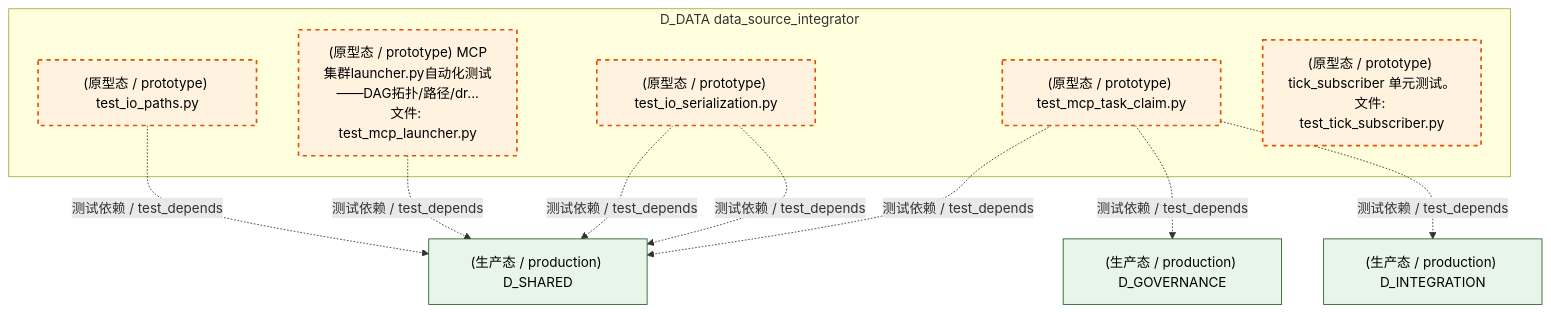
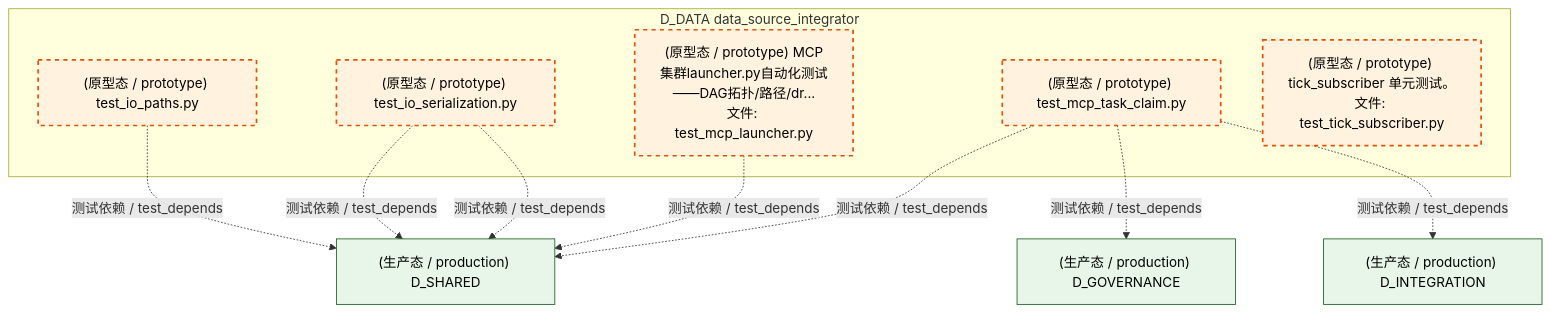
One commit to xuanFelixVan/ZephyrAlpha changed the third of 6 diagrams in docs/02_enterprise_architecture/02_domain_architecture_docs/61_d_data.md. Above: the diagram before and after it, drawn with Mermaid. The commit also changed other lines of this file and 126 other files, not shown here.

````diff
--- a/docs/02_enterprise_architecture/02_domain_architecture_docs/61_d_data.md
+++ b/docs/02_enterprise_architecture/02_domain_architecture_docs/61_d_data.md
@@ -313,26 +312,26 @@
 ```mermaid
 graph TD
     subgraph D_DATA["D_DATA data_source_integrator"]
         tests_io_test_io_paths_py["(原型态 / prototype) test_io_paths.py"]
         tests_io_test_io_serialization_py["(原型态 / prototype) test_io_serialization.py"]
         tests_io_test_mcp_launcher_py["(原型态 / prototype) MCP集群launcher.py自动化测试——DAG拓扑/路径/dr...<br/>文件: test_mcp_launcher.py"]
         tests_io_test_mcp_task_claim_py["(原型态 / prototype) test_mcp_task_claim.py"]
         tests_zephyr_data_test_tick_subscriber_py["(原型态 / prototype) tick_subscriber 单元测试。<br/>文件: test_tick_subscriber.py"]
     end
     D_SHARED["(生产态 / production) D_SHARED"]
-    tests_io_test_io_paths_py -.->|测试依赖 / test_depends| D_SHARED
     tests_io_test_mcp_launcher_py -.->|测试依赖 / test_depends| D_SHARED
-    tests_io_test_io_serialization_py -.->|测试依赖 / test_depends| D_SHARED
-    tests_io_test_io_serialization_py -.->|测试依赖 / test_depends| D_SHARED
     tests_io_test_mcp_task_claim_py -.->|测试依赖 / test_depends| D_SHARED
     D_GOVERNANCE["(生产态 / production) D_GOVERNANCE"]
     tests_io_test_mcp_task_claim_py -.->|测试依赖 / test_depends| D_GOVERNANCE
     D_INTEGRATION["(生产态 / production) D_INTEGRATION"]
     tests_io_test_mcp_task_claim_py -.->|测试依赖 / test_depends| D_INTEGRATION
+    tests_io_test_io_serialization_py -.->|测试依赖 / test_depends| D_SHARED
+    tests_io_test_io_serialization_py -.->|测试依赖 / test_depends| D_SHARED
+    tests_io_test_io_paths_py -.->|测试依赖 / test_depends| D_SHARED
     classDef production fill:#e1f5fe,stroke:#01579b,stroke-width:2px,color:#000
     classDef design fill:#fff3e0,stroke:#e65100,stroke-width:2px,color:#000,stroke-dasharray: 5 5
     classDef external_prod fill:#e8f5e9,stroke:#1b5e20,stroke-width:1px,color:#000
     classDef external_design fill:#fce4ec,stroke:#880e4f,stroke-width:1px,color:#000,stroke-dasharray: 5 5
     class tests_io_test_io_paths_py,tests_io_test_io_serialization_py,tests_io_test_mcp_launcher_py,tests_io_test_mcp_task_claim_py,tests_zephyr_data_test_tick_subscriber_py design
     class D_SHARED,D_GOVERNANCE,D_INTEGRATION external_prod
 ```
````
